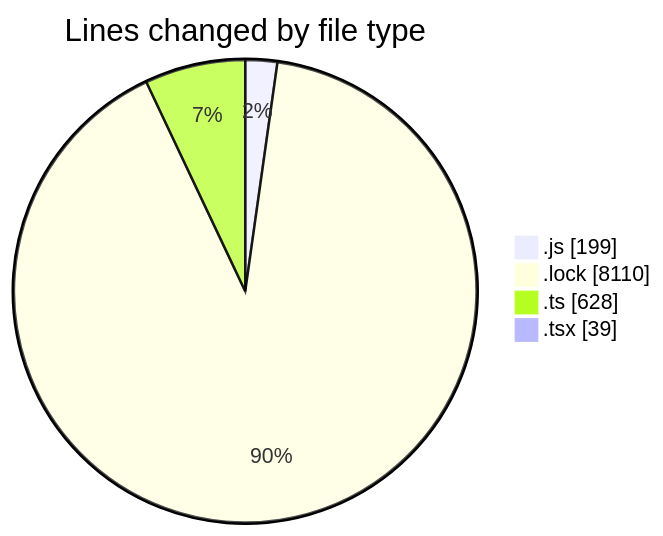
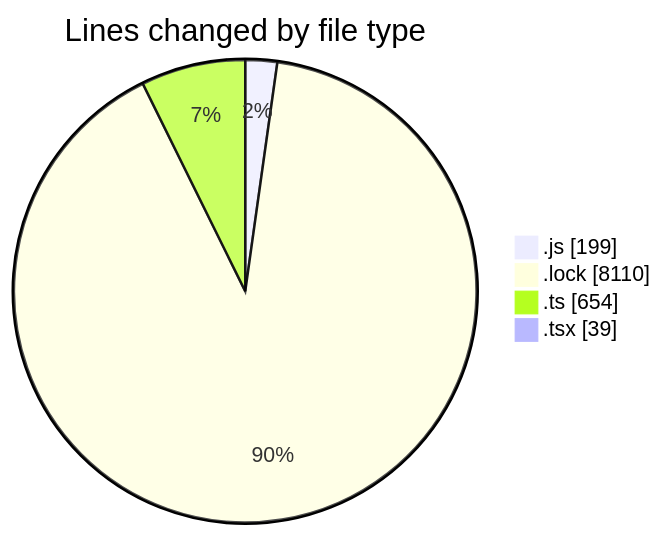
The first of 2 diagrams in 2025-02-07/cda/README.md (momahboobian/code-tracking), drawn with Mermaid before and after one commit. The commit also changed other lines of this file and 1 other file, not shown here.

````diff
--- a/2025-02-07/cda/README.md
+++ b/2025-02-07/cda/README.md
@@ -31,8 +31,8 @@
 ```mermaid
 pie showData
 title Lines changed by file type
 ".js" : 199
 ".lock" : 8110
-".ts" : 628
+".ts" : 654
 ".tsx" : 39
 ```
````
